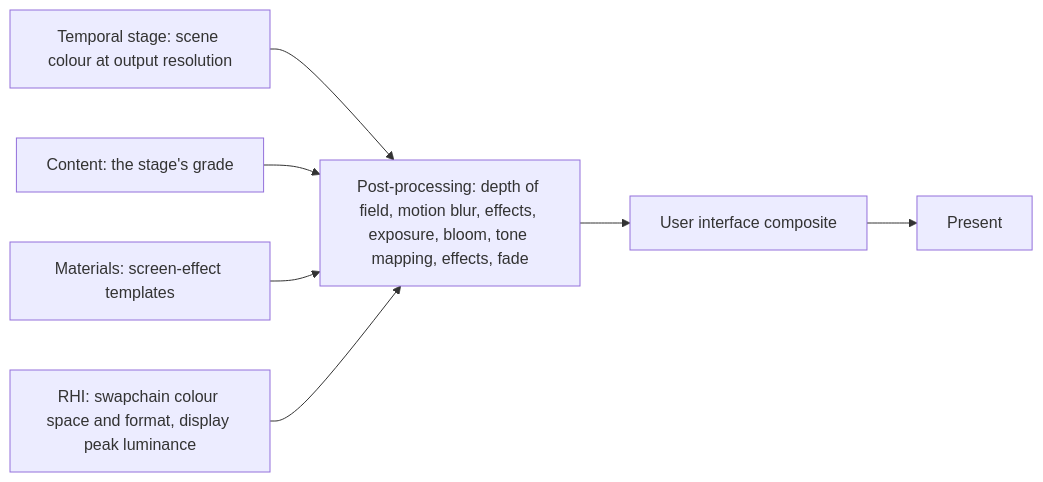
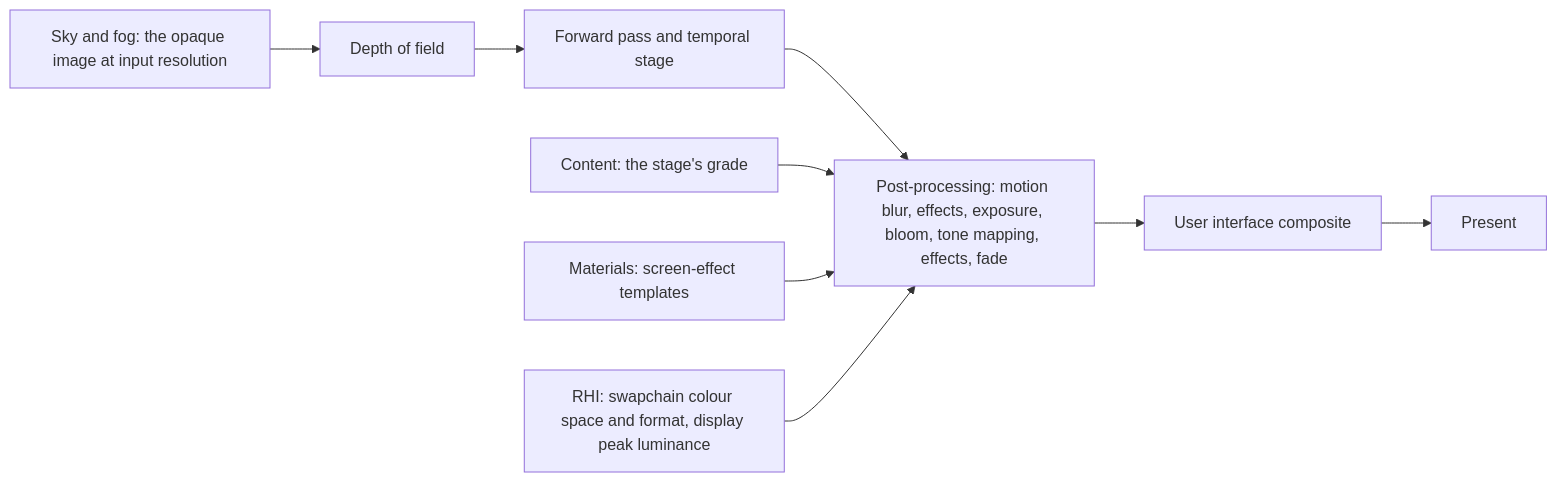
The first of 3 diagrams in docs/architecture/post-processing.md (plainsight-systems/bullet-witch), drawn with Mermaid before and after one commit. The commit also changed other lines of this file and 6 other files, not shown here.

First line of the commit message:
Order blended draws and decals on the CPU and run depth of field before the forward pass

````diff
--- a/docs/architecture/post-processing.md
+++ b/docs/architecture/post-processing.md
@@ -24,9 +26,11 @@
 ```mermaid
 flowchart LR
-    TS["Temporal stage: scene colour at output resolution"] --> PP["Post-processing: depth of field, motion blur, effects, exposure, bloom, tone mapping, effects, fade"]
+    SF["Sky and fog: the opaque image at input resolution"] --> DF["Depth of field"]
+    DF --> FW["Forward pass and temporal stage"]
+    FW --> PP["Post-processing: motion blur, effects, exposure, bloom, tone mapping, effects, fade"]
     GR["Content: the stage's grade"] --> PP
     SE["Materials: screen-effect templates"] --> PP
     RHI["RHI: swapchain colour space and format, display peak luminance"] --> PP
     PP --> UI["User interface composite"]
     UI --> PR["Present"]
 ```
````
